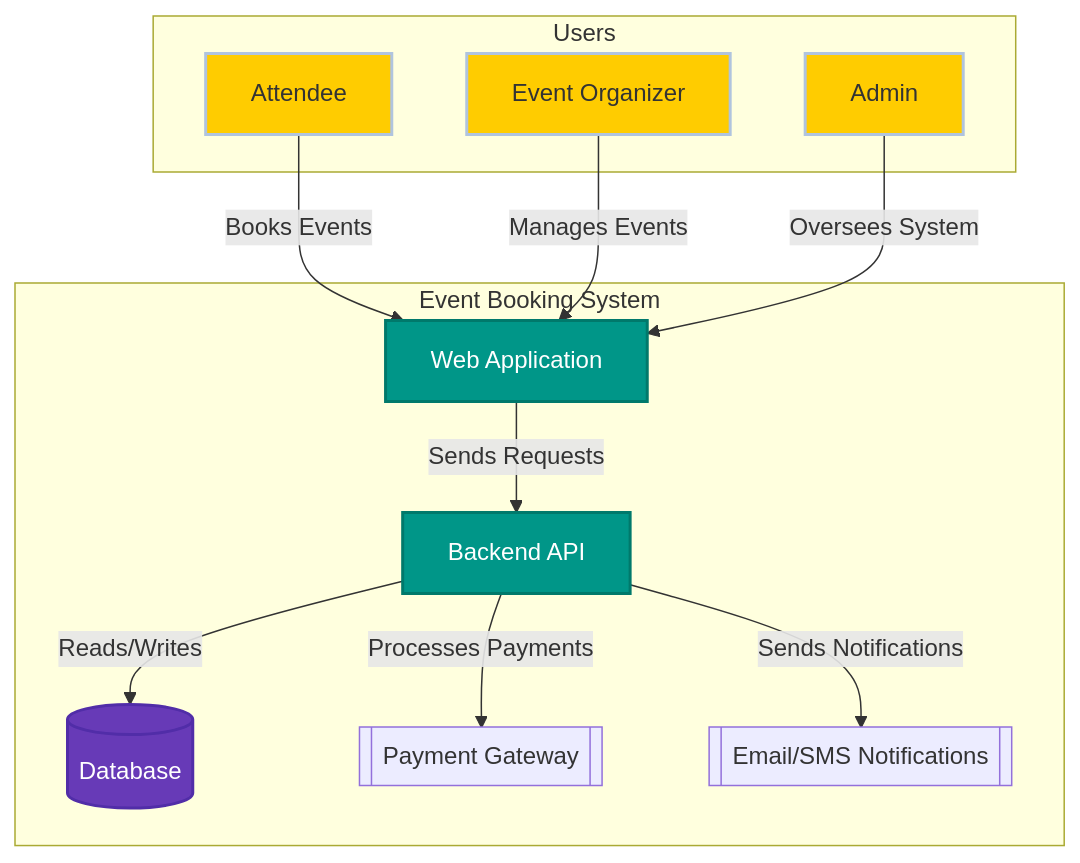
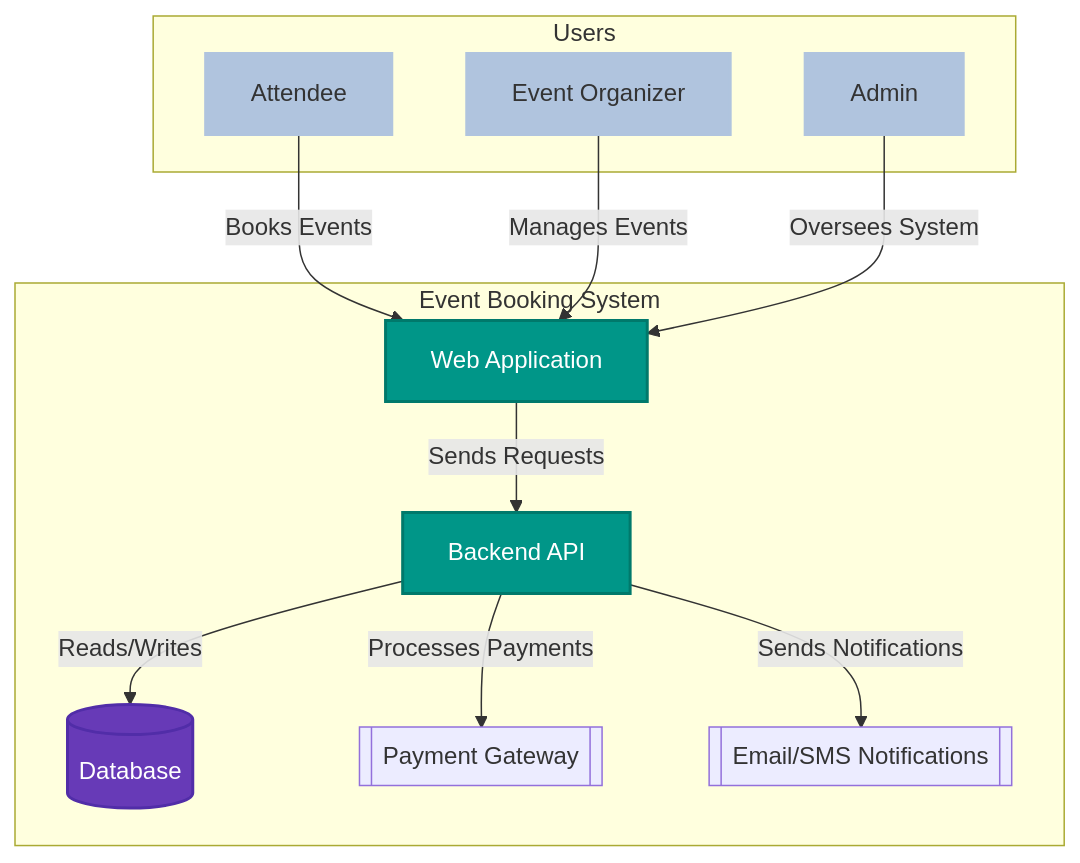
Before and after one commit to celeste-smith/event-booking-system: the first of 4 diagrams in ARCHITECTURE.md, drawn with Mermaid.

Commit message:
Update ARCHITECTURE.md
9th chanage - still working on diagram styling

````diff
--- a/ARCHITECTURE.md
+++ b/ARCHITECTURE.md
@@ -33,37 +33,37 @@
 ```mermaid
 graph TD;
     %% Define styles
-    classDef userStyle fill:#ffcc00,stroke:#b0c4de,stroke-width:2px;
+    classDef userStyle fill:#b0c4de,stroke:#b0c4de,stroke-width:2px;
     classDef systemStyle fill:#009688,stroke:#00796B,stroke-width:2px,color:white;
     classDef serviceStyle fill:#607D8B,stroke:#455A64,stroke-width:2px,color:white;
     classDef dbStyle fill:#673AB7,stroke:#512DA8,stroke-width:2px,color:white;
     classDef externalStyle fill:#FF5722,stroke:#E64A19,stroke-width:2px,color:white;
     
     subgraph Users["Users"]
         Attendee["Attendee"]
         Organizer["Event Organizer"]
         Admin["Admin"]
     end
     
     subgraph EventBookingSystem["Event Booking System"]
         WebApp["Web Application"]
         API["Backend API"]
         DB[("Database")]
         PaymentGateway[["Payment Gateway"]]
         NotificationService[["Email/SMS Notifications"]]
     end
     
     %% Define relationships
     Attendee -- Books Events --> WebApp;
     Organizer -- Manages Events --> WebApp;
     Admin -- Oversees System --> WebApp;
     WebApp -- Sends Requests --> API;
     API -- Reads/Writes --> DB;
     API -- Processes Payments --> PaymentGateway;
     API -- Sends Notifications --> NotificationService;
 
     %% Apply styles
     class Attendee,Organizer,Admin userStyle;
     class WebApp,API systemStyle;
     class DB dbStyle;
 ```
````
